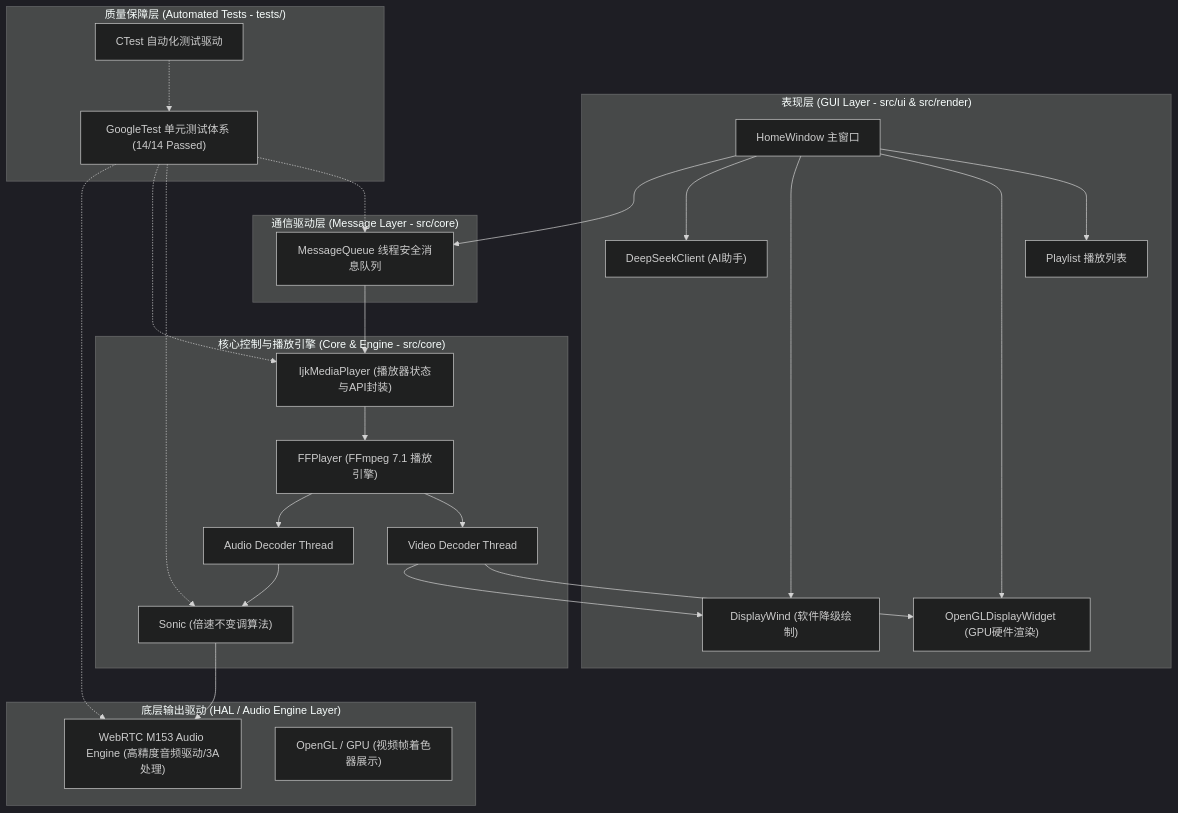
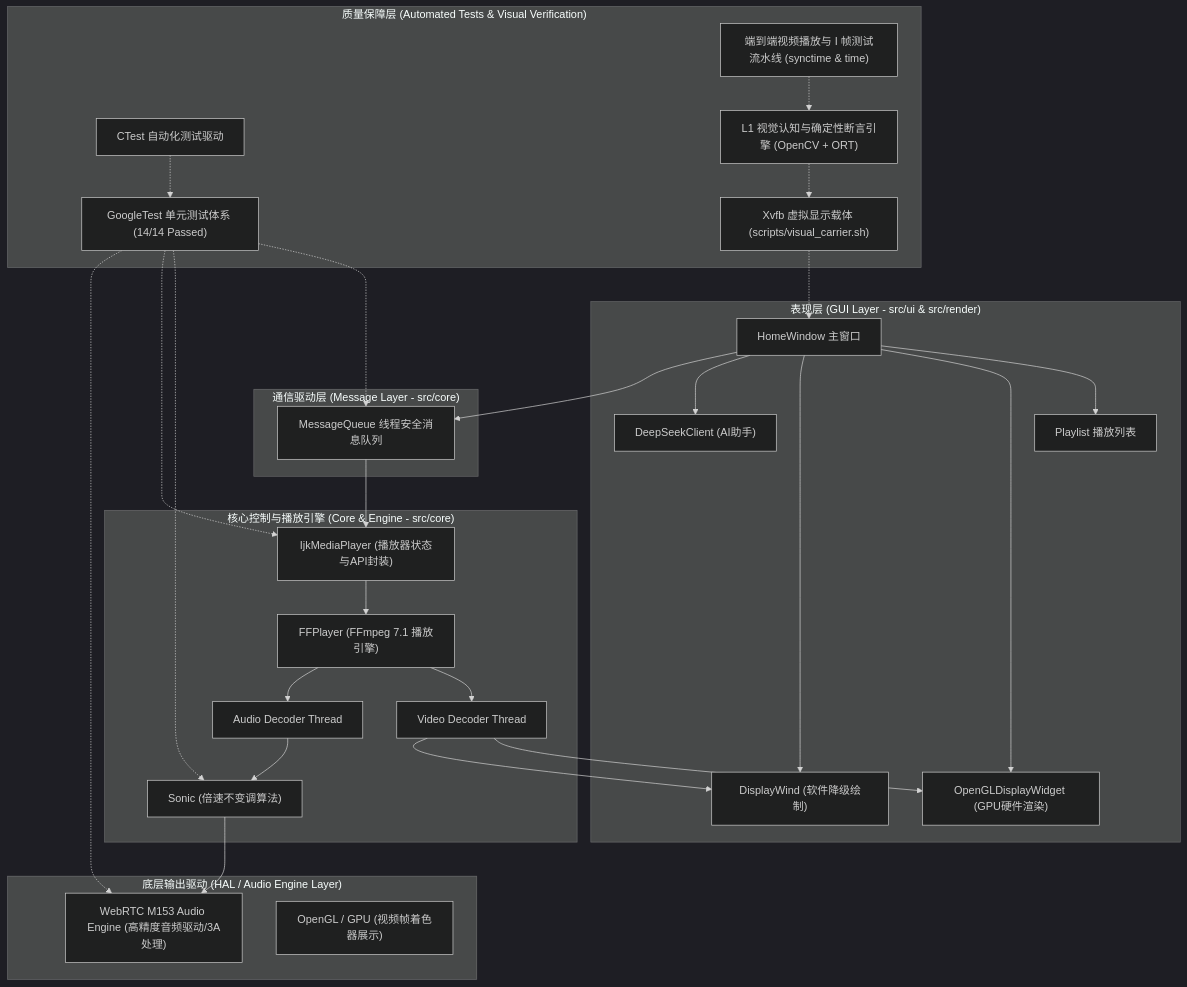
One commit to jiangbojin/EzPlayer changed the diagram in docs/README.md. Above: the diagram before and after it, drawn with Mermaid (dark theme). The commit also changed other lines of this file and 3 other files, not shown here.

Commit message:
docs: sync visual testing carrier, L1 assert engine & playback workflows to official docs

````diff
--- a/docs/README.md
+++ b/docs/README.md
@@ -25,42 +26,48 @@
 ```mermaid
 flowchart TB
     subgraph UI_Layer ["表现层 (GUI Layer - src/ui & src/render)"]
         HW["HomeWindow 主窗口"]
         PL["Playlist 播放列表"]
         GL["OpenGLDisplayWidget (GPU硬件渲染)"]
         SW["DisplayWind (软件降级绘制)"]
         DS["DeepSeekClient (AI助手)"]
     end
 
     subgraph MQ_Layer ["通信驱动层 (Message Layer - src/core)"]
         MQ["MessageQueue 线程安全消息队列"]
     end
 
     subgraph Core_Layer ["核心控制与播放引擎 (Core & Engine - src/core)"]
         IJK["IjkMediaPlayer (播放器状态与API封装)"]
         FFP["FFPlayer (FFmpeg 7.1 播放引擎)"]
         VDEC["Video Decoder Thread"]
         ADEC["Audio Decoder Thread"]
         SONIC["Sonic (倍速不变调算法)"]
     end
 
     subgraph Output_Layer ["底层输出驱动 (HAL / Audio Engine Layer)"]
         WEBRTC["WebRTC M153 Audio Engine (高精度音频驱动/3A处理)"]
         GPU["OpenGL / GPU (视频帧着色器展示)"]
     end
 
-    subgraph Test_Layer ["质量保障层 (Automated Tests - tests/)"]
+    subgraph Test_Layer ["质量保障层 (Automated Tests & Visual Verification)"]
         GTEST["GoogleTest 单元测试体系 (14/14 Passed)"]
         CTEST["CTest 自动化测试驱动"]
+        XVFB["Xvfb 虚拟显示载体 (scripts/visual_carrier.sh)"]
+        VASSERT["L1 视觉认知与确定性断言引擎 (OpenCV + ORT)"]
+        E2E["端到端视频播放与 I 帧测试流水线 (synctime & time)"]
     end
 
     HW --> PL & GL & SW & DS
     HW --> MQ
     MQ --> IJK
     IJK --> FFP
     FFP --> VDEC & ADEC
     ADEC --> SONIC --> WEBRTC
     VDEC --> GL & SW
     GTEST -.-> MQ & SONIC & IJK & WEBRTC
     CTEST -.-> GTEST
+    XVFB -.-> HW
+    VASSERT -.-> XVFB
+    E2E -.-> VASSERT
 ```
````
